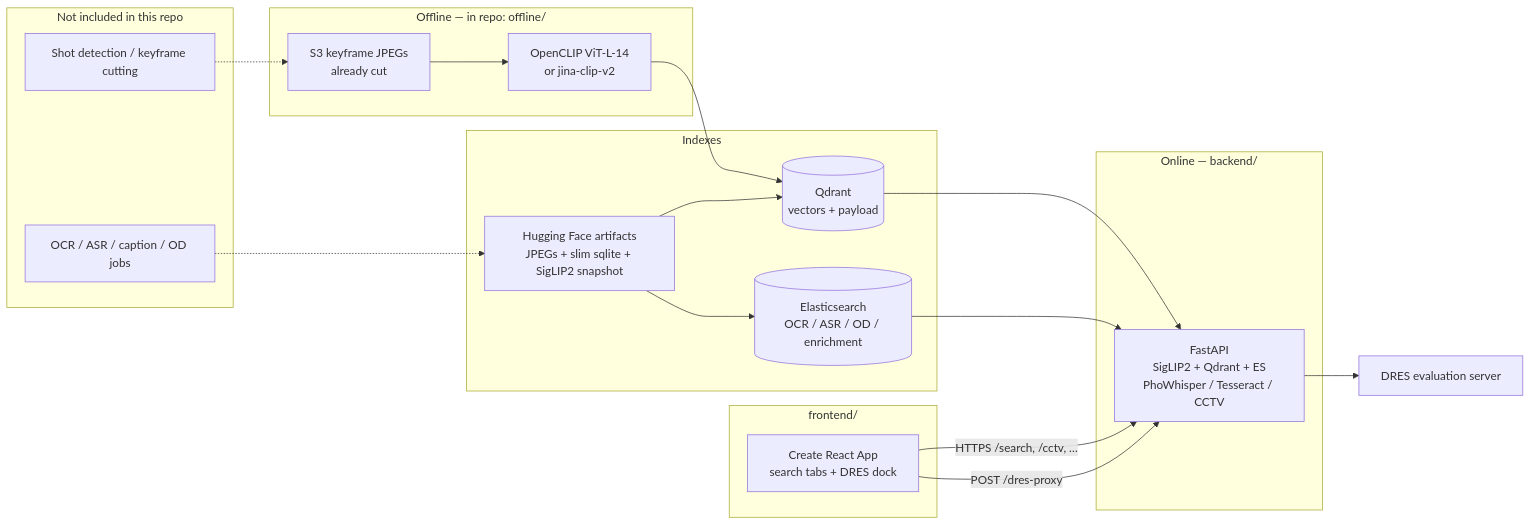
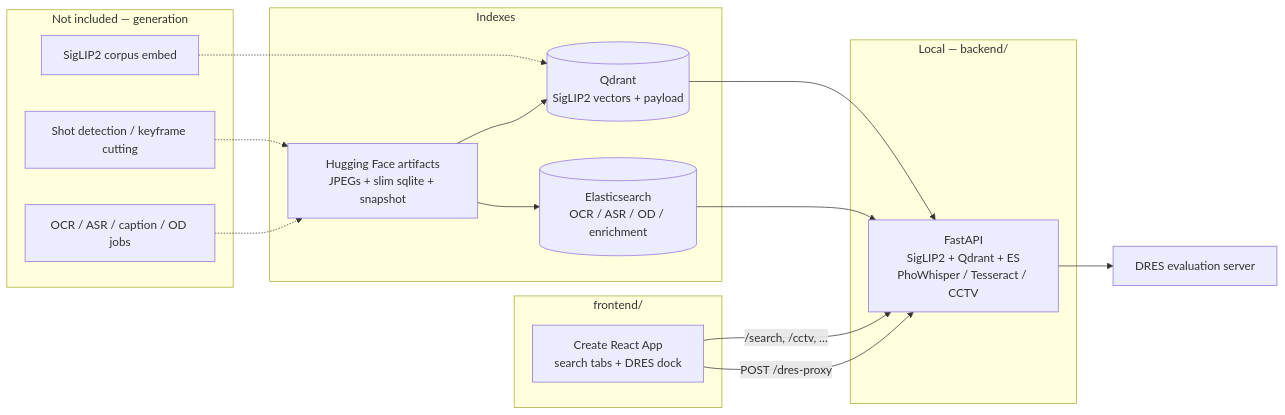
Before and after one commit to dinhthienan33/AIC-Mentos: the diagram in README.md, drawn with Mermaid. The commit also changed other lines of this file and 37 other files, not shown here.

````diff
--- a/README.md
+++ b/README.md
@@ -25,39 +25,34 @@
 ```mermaid
 flowchart LR
-    subgraph offline["Offline — in repo: offline/"]
-        S3["S3 keyframe JPEGs<br/>already cut"]
-        EMB["OpenCLIP ViT-L-14<br/>or jina-clip-v2"]
-        S3 --> EMB
-    end
-
-    subgraph missing["Not included in this repo"]
+    subgraph missing["Not included — generation"]
         CUT["Shot detection / keyframe cutting"]
         ENR["OCR / ASR / caption / OD jobs"]
+        SIG["SigLIP2 corpus embed"]
     end
 
     subgraph indexes["Indexes"]
-        Q[("Qdrant<br/>vectors + payload")]
+        Q[("Qdrant<br/>SigLIP2 vectors + payload")]
         ES[("Elasticsearch<br/>OCR / ASR / OD / enrichment")]
-        HF["Hugging Face artifacts<br/>JPEGs + slim sqlite + SigLIP2 snapshot"]
+        HF["Hugging Face artifacts<br/>JPEGs + slim sqlite + snapshot"]
     end
 
-    subgraph serve["Online — backend/"]
+    subgraph serve["Local — backend/"]
         API["FastAPI<br/>SigLIP2 + Qdrant + ES<br/>PhoWhisper / Tesseract / CCTV"]
     end
 
     subgraph ui["frontend/"]
         FE["Create React App<br/>search tabs + DRES dock"]
     end
 
     DRES["DRES evaluation server"]
 
-    EMB --> Q
+    CUT -.-> HF
+    ENR -.-> HF
+    SIG -.-> Q
     HF --> Q
     HF --> ES
-    ENR -.-> HF
-    CUT -.-> S3
     Q --> API
     ES --> API
-    FE -->|HTTPS /search, /cctv, …| API
+    FE -->|/search, /cctv, …| API
     FE -->|POST /dres-proxy| API --> DRES
 ```
````
